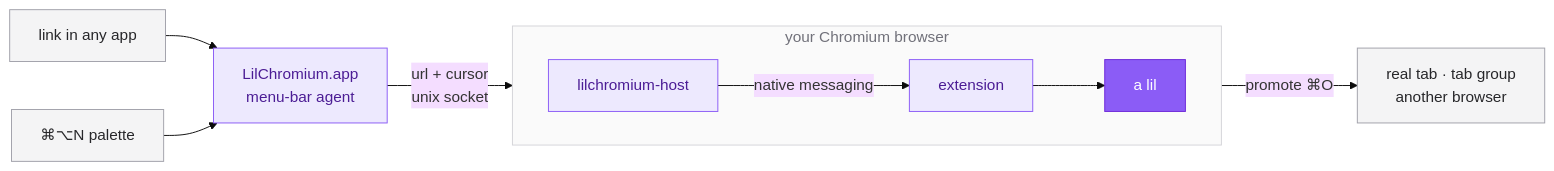
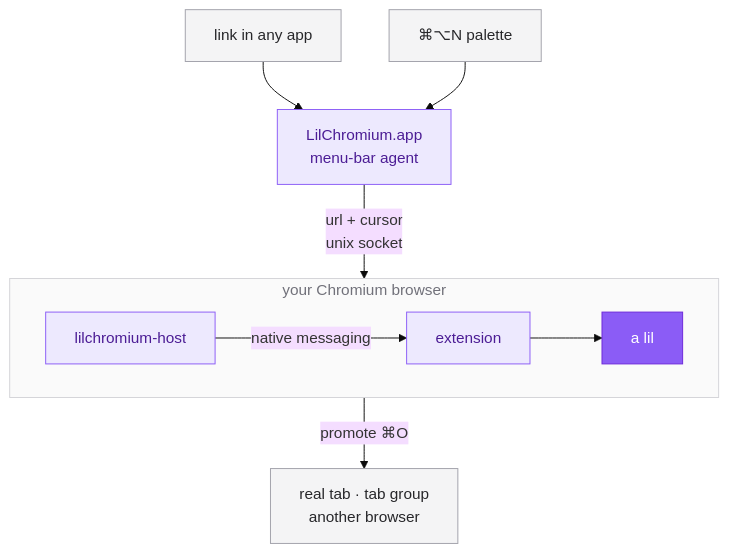
The diagram in README.md (mygirleatsmayo/lil-chromium), drawn with Mermaid (base theme) before and after one commit.

Commit message:
docs: README mermaid LR → TB

````diff
--- a/README.md
+++ b/README.md
@@ -7,27 +7,27 @@
 ```mermaid
-flowchart LR
+flowchart TB
     A["link in any app"]:::edge
     B["⌘⌥N palette"]:::edge
     C["LilChromium.app<br/>menu-bar agent"]:::core
 
     subgraph BROWSER["your Chromium browser"]
         direction LR
         D["lilchromium-host"]:::core
         E["extension"]:::core
         F["a lil"]:::lil
     end
 
     G["real tab · tab group<br/>another browser"]:::edge
 
     A --> C
     B --> C
     C -- "url + cursor<br/>unix socket" --> D
     D -- "native messaging" --> E
     E --> F
     F -- "promote ⌘O" --> G
 
     classDef edge fill:#f4f4f5,stroke:#a1a1aa,color:#27272a
     classDef core fill:#ede9fe,stroke:#8b5cf6,color:#4c1d95
     classDef lil fill:#8b5cf6,stroke:#6d28d9,color:#ffffff
     style BROWSER fill:#fafafa,stroke:#d4d4d8,color:#71717a
 ```
````
